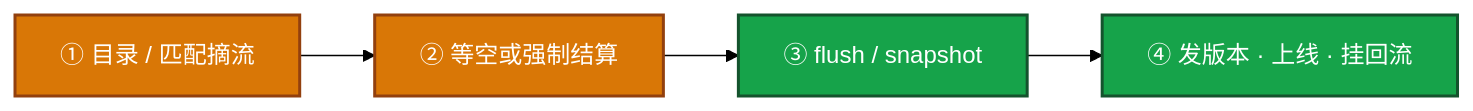
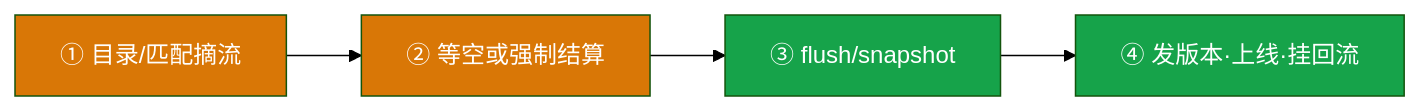
Before and after one commit to ml-cuizijun/LearnToLilith: the fourth of 5 diagrams in 08-游戏运维专题/01-游戏服务器架构/知识点.md, drawn with Mermaid (forest theme). The commit also changed other lines of this file and 213 other files, not shown here.

````diff
--- a/08-游戏运维专题/01-游戏服务器架构/知识点.md
+++ b/08-游戏运维专题/01-游戏服务器架构/知识点.md
@@ -496,11 +255,9 @@
 ```mermaid
 flowchart LR
-    A[① 目录 / 匹配摘流] --> B[② 等空或强制结算]
-    B --> C[③ flush / snapshot]
-    C --> D[④ 发版本 · 上线 · 挂回流]
-
-    classDef a fill:#D97706,stroke:#92400E,stroke-width:2px,color:#fff
-    classDef b fill:#16A34A,stroke:#14532D,stroke-width:2px,color:#fff
-    class A,B a
-    class C,D b
+    A[① 目录/匹配摘流] --> B[② 等空或强制结算]
+    B --> C[③ flush/snapshot]
+    C --> D[④ 发版本·上线·挂回流]
+    classDef a fill:#D97706,color:#fff
+    classDef b fill:#16A34A,color:#fff
+    class A,B a; class C,D b
 ```
````
